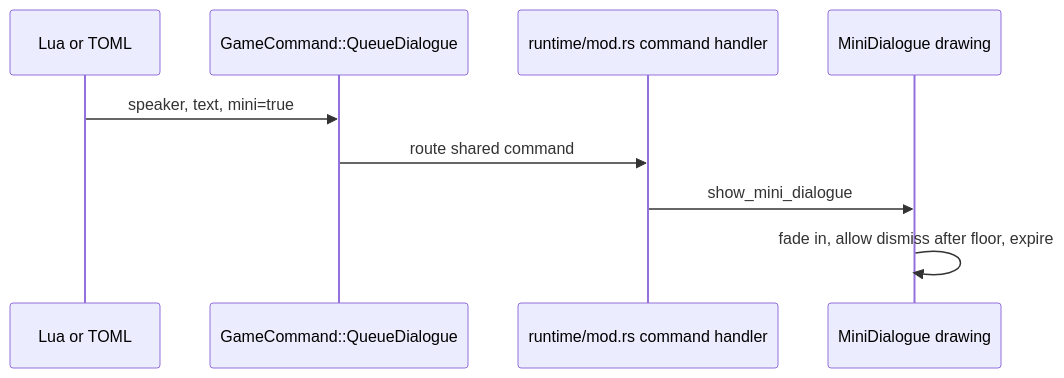
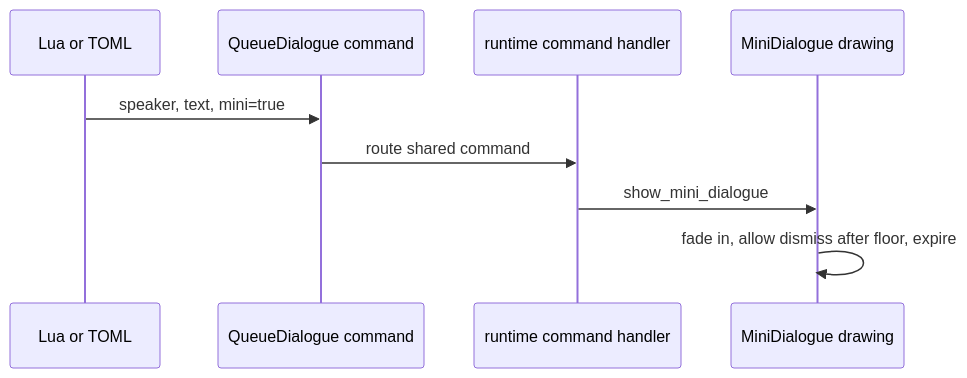
The second of 2 diagrams in src/content/docs/pages/guides/example-mini-dialogue.md (soulwax/EchoWiki), drawn with Mermaid before and after one commit. The commit also changed 28 other files, not shown here.

Commit message:
docs: deepen architecture wiki and automate audits

````diff
--- a/src/content/docs/pages/guides/example-mini-dialogue.md
+++ b/src/content/docs/pages/guides/example-mini-dialogue.md
@@ -88,12 +88,12 @@
 ```mermaid
 sequenceDiagram
     participant Data as Lua or TOML
-    participant Command as GameCommand::QueueDialogue
-    participant Runtime as runtime/mod.rs command handler
+    participant Command as QueueDialogue command
+    participant Runtime as runtime command handler
     participant UI as MiniDialogue drawing
 
     Data->>Command: speaker, text, mini=true
     Command->>Runtime: route shared command
     Runtime->>UI: show_mini_dialogue
     UI->>UI: fade in, allow dismiss after floor, expire
 ```
````
